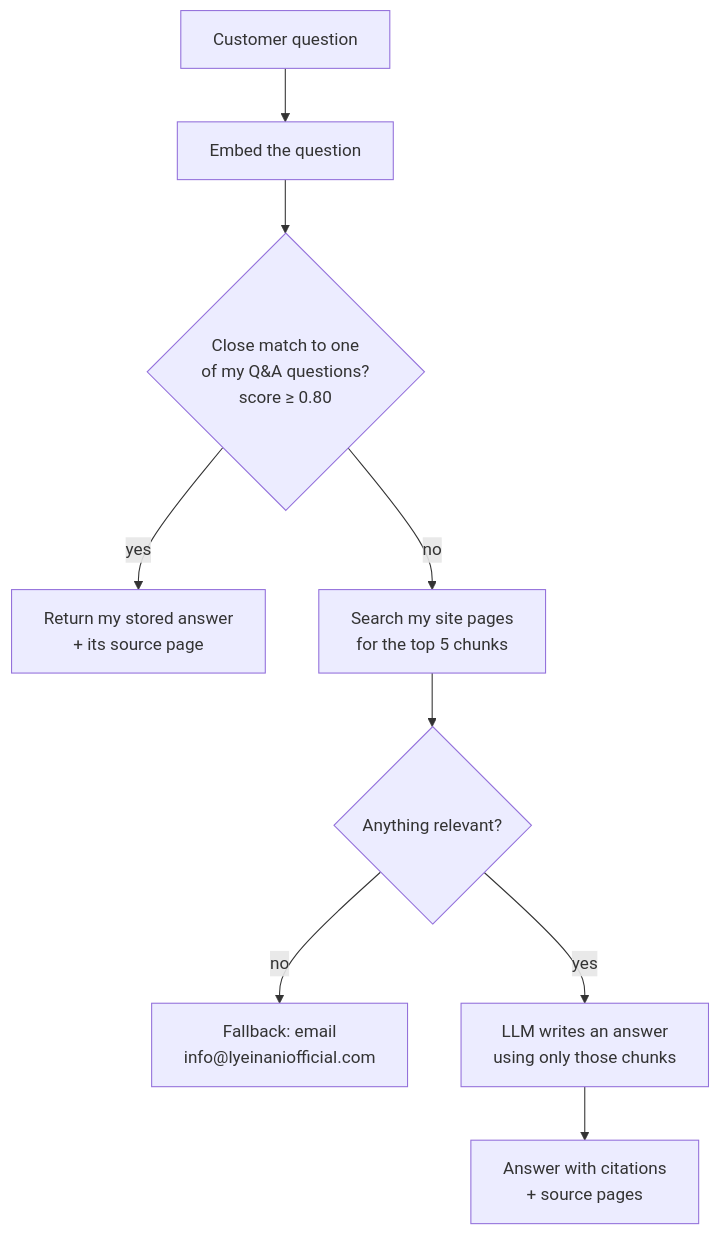
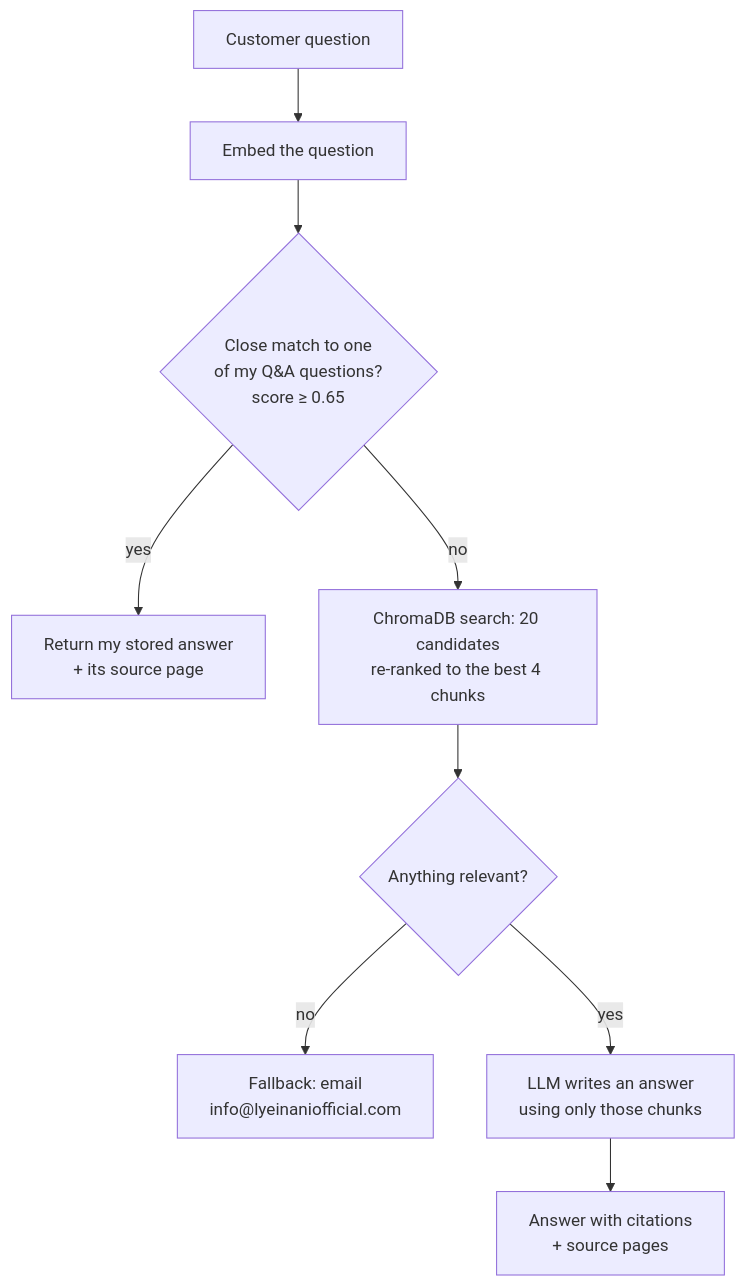
The second of 2 diagrams in README.md (alwayzlynluv/lyeinani-rag-chatbot), drawn with Mermaid before and after one commit. The commit also changed other lines of this file, not shown here.

````diff
--- a/README.md
+++ b/README.md
@@ -45,11 +47,11 @@
 ```mermaid
 flowchart TD
     U[Customer question] --> E[Embed the question]
-    E --> M{Close match to one<br/>of my Q&A questions?<br/>score ≥ 0.80}
+    E --> M{Close match to one<br/>of my Q&A questions?<br/>score ≥ 0.65}
     M -- yes --> A1[Return my stored answer<br/>+ its source page]
-    M -- no --> R[Search my site pages<br/>for the top 5 chunks]
+    M -- no --> R[ChromaDB search: 20 candidates<br/>re-ranked to the best 4 chunks]
     R --> F{Anything relevant?}
     F -- no --> A3[Fallback: email<br/>info@lyeinaniofficial.com]
     F -- yes --> L[LLM writes an answer<br/>using only those chunks]
     L --> A2[Answer with citations<br/>+ source pages]
 ```
````
